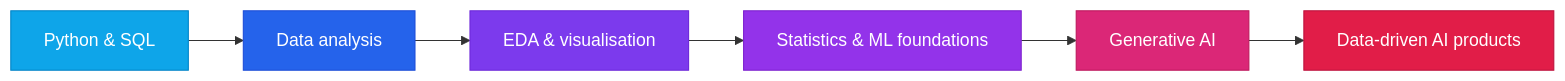
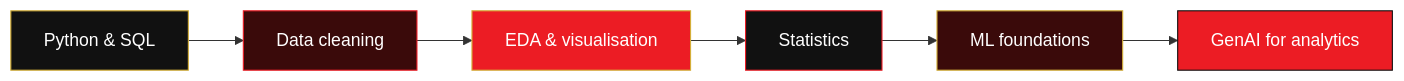
One commit to SachinCoder11/SachinCoder11 changed the diagram in README.md. Above: the diagram before and after it, drawn with Mermaid. The commit also changed other lines of this file, not shown here.

Commit message:
Revise README to enhance clarity and update personal branding with current focus on data science, analytics, and generative AI

````diff
--- a/README.md
+++ b/README.md
@@ -168,14 +151,14 @@
 ```mermaid
 flowchart LR
-    A[Python & SQL] --> B[Data analysis]
+    A[Python & SQL] --> B[Data cleaning]
     B --> C[EDA & visualisation]
-    C --> D[Statistics & ML foundations]
-    D --> E[Generative AI]
-    E --> F[Data-driven AI products]
-    style A fill:#0ea5e9,stroke:#0284c7,color:#fff
-    style B fill:#2563eb,stroke:#1d4ed8,color:#fff
-    style C fill:#7c3aed,stroke:#6d28d9,color:#fff
-    style D fill:#9333ea,stroke:#7e22ce,color:#fff
-    style E fill:#db2777,stroke:#be185d,color:#fff
-    style F fill:#e11d48,stroke:#be123c,color:#fff
+    C --> D[Statistics]
+    D --> E[ML foundations]
+    E --> F[GenAI for analytics]
+    style A fill:#111111,stroke:#D4AF37,color:#fff
+    style B fill:#3A0A0A,stroke:#EC1C24,color:#fff
+    style C fill:#EC1C24,stroke:#D4AF37,color:#fff
+    style D fill:#111111,stroke:#EC1C24,color:#fff
+    style E fill:#3A0A0A,stroke:#D4AF37,color:#fff
+    style F fill:#EC1C24,stroke:#111111,color:#fff
 ```
````
